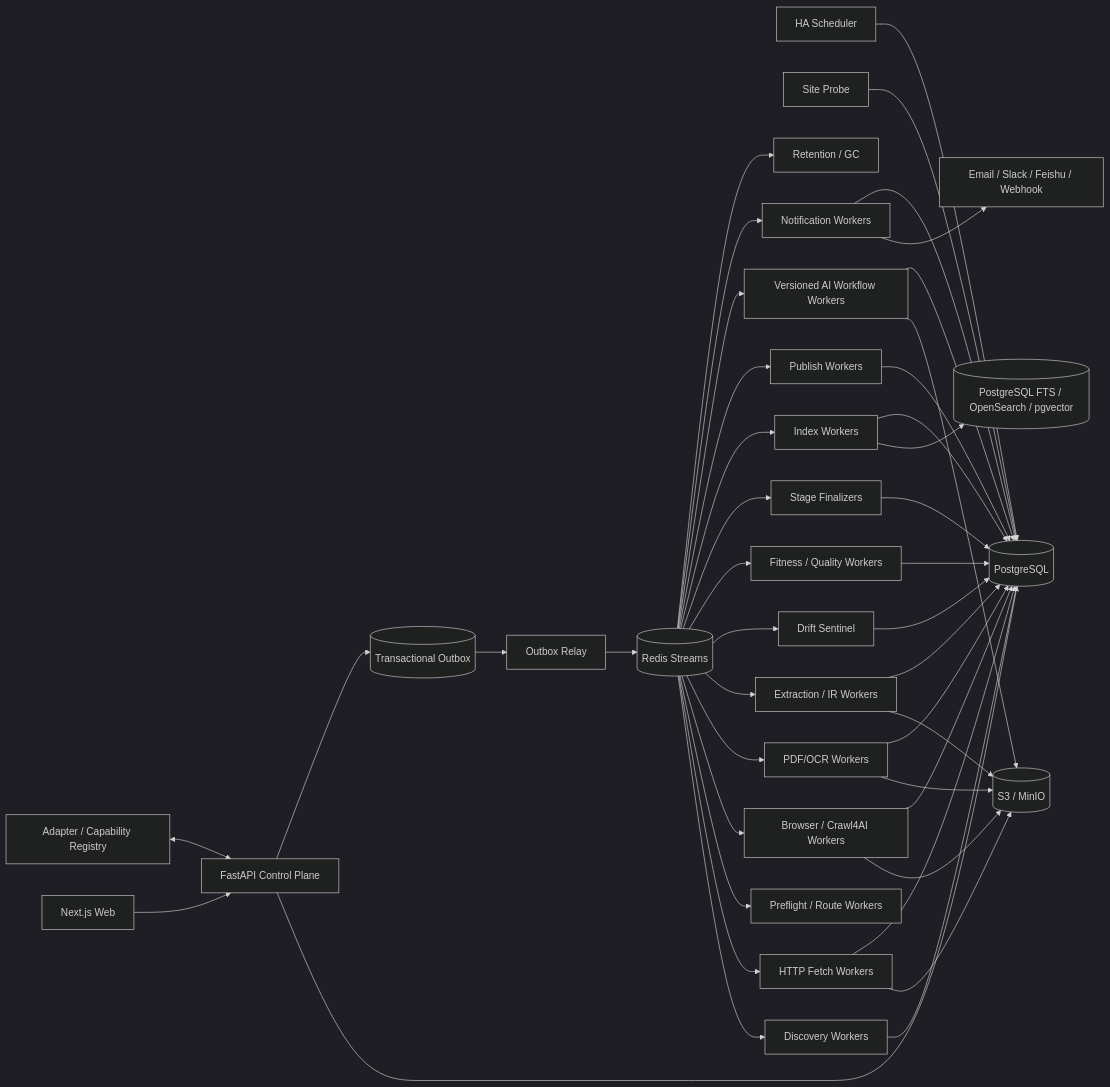
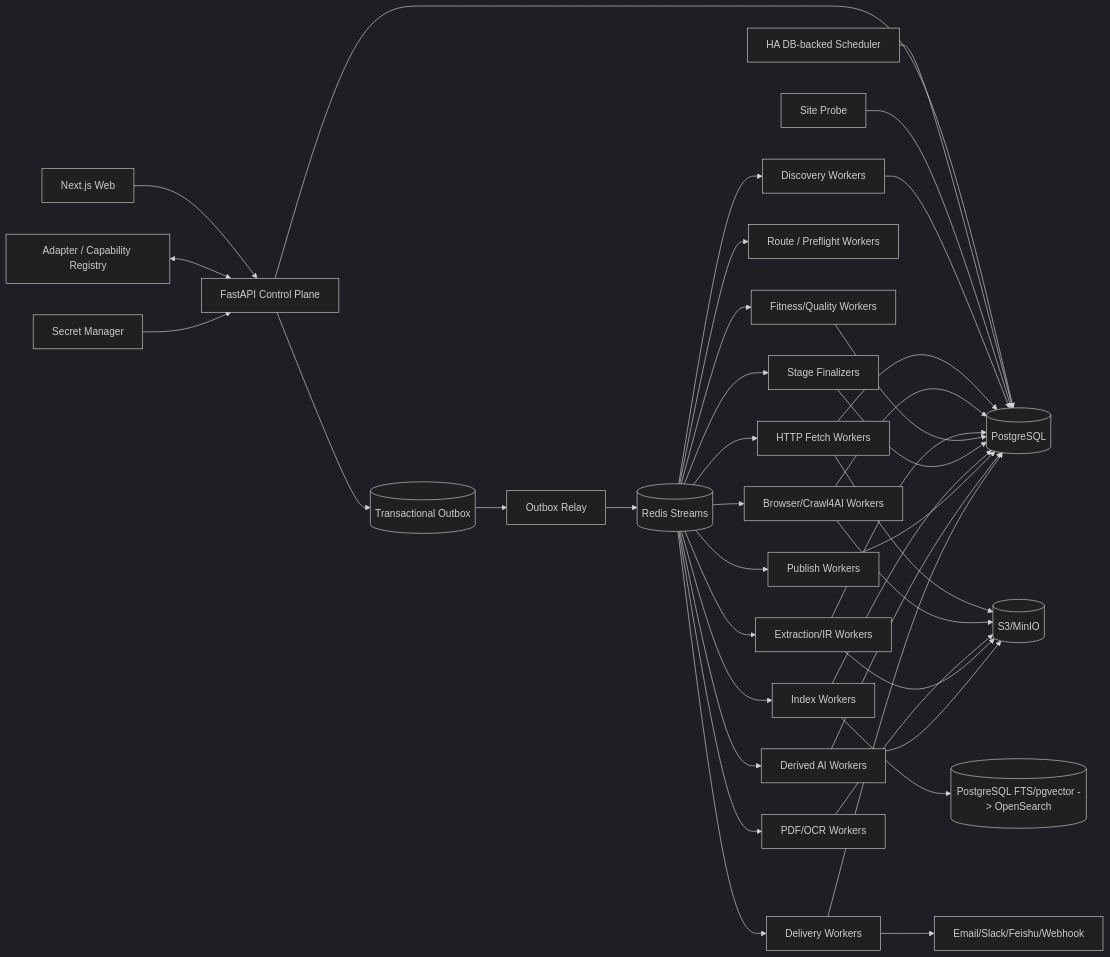
The diagram in 博客知识库技术方案.md (WorkerXu/my-doc), drawn with Mermaid (dark theme) before and after one commit. The commit also changed other lines of this file and 1 other file, not shown here.

````diff
--- a/博客知识库技术方案.md
+++ b/博客知识库技术方案.md
@@ -43,51 +45,47 @@
 ```mermaid
 flowchart LR
     UI[Next.js Web] --> API[FastAPI Control Plane]
     API --> PG[(PostgreSQL)]
     API --> OUT[(Transactional Outbox)]
 
-    SCH[HA Scheduler] --> PG
+    SCH[HA DB-backed Scheduler] --> PG
     REG[Adapter / Capability Registry] <--> API
     PROBE[Site Probe] --> PG
+    SEC[Secret Manager] --> API
 
     OUT --> RELAY[Outbox Relay]
     RELAY --> Q[(Redis Streams)]
 
     Q --> DW[Discovery Workers]
     Q --> HF[HTTP Fetch Workers]
-    Q --> RT[Preflight / Route Workers]
-    Q --> BW[Browser / Crawl4AI Workers]
+    Q --> RT[Route / Preflight Workers]
+    Q --> BW[Browser/Crawl4AI Workers]
     Q --> PDF[PDF/OCR Workers]
-    Q --> EX[Extraction / IR Workers]
-    Q --> DS[Drift Sentinel]
-    Q --> QV[Fitness / Quality Workers]
+    Q --> EX[Extraction/IR Workers]
+    Q --> QV[Fitness/Quality Workers]
     Q --> FIN[Stage Finalizers]
+    Q --> IX[Index Workers]
+    Q --> PB[Publish Workers]
+    Q --> AI[Derived AI Workers]
+    Q --> NT[Delivery Workers]
 
-    HF --> OBJ[(S3 / MinIO)]
+    HF --> OBJ[(S3/MinIO)]
     BW --> OBJ
     PDF --> OBJ
     EX --> OBJ
+    AI --> OBJ
 
-    Q --> IX[Index Workers]
-    Q --> PB[Publish Workers]
-    Q --> AI[Versioned AI Workflow Workers]
-    Q --> NT[Notification Workers]
-    Q --> GC[Retention / GC]
-
-    IX --> SEARCH[(PostgreSQL FTS / OpenSearch / pgvector)]
-    AI --> OBJ
-    NT --> CH[Email / Slack / Feishu / Webhook]
+    IX --> SEARCH[(PostgreSQL FTS/pgvector -> OpenSearch)]
+    NT --> CH[Email/Slack/Feishu/Webhook]
 
     DW --> PG
     HF --> PG
     BW --> PG
-    PDF --> PG
     EX --> PG
-    DS --> PG
     QV --> PG
     FIN --> PG
     IX --> PG
     PB --> PG
     AI --> PG
     NT --> PG
 ```
````
